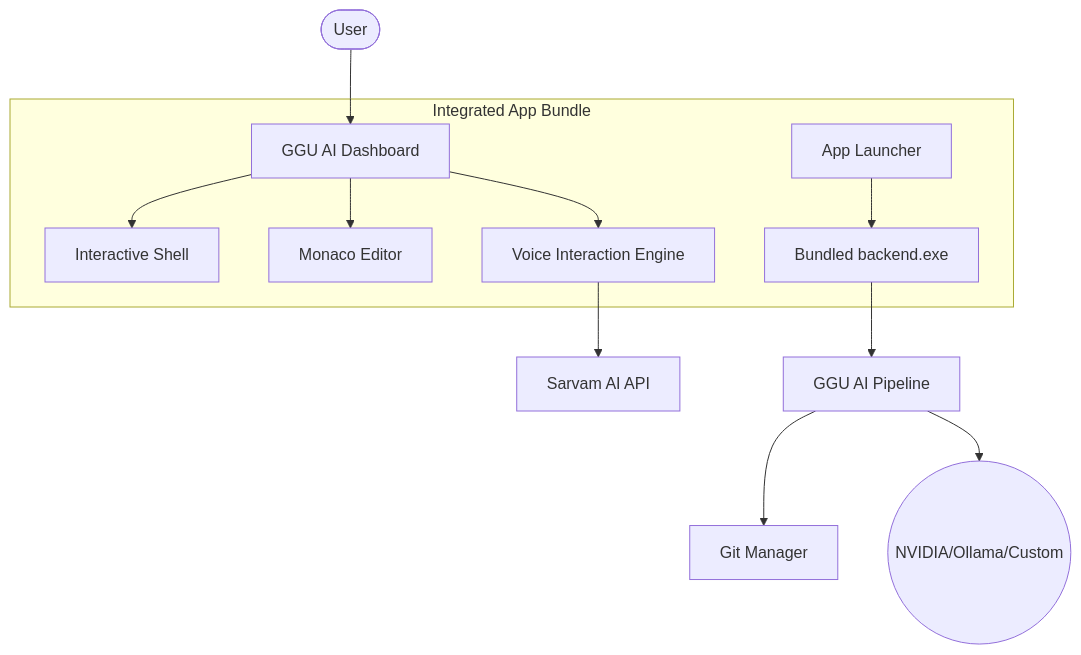
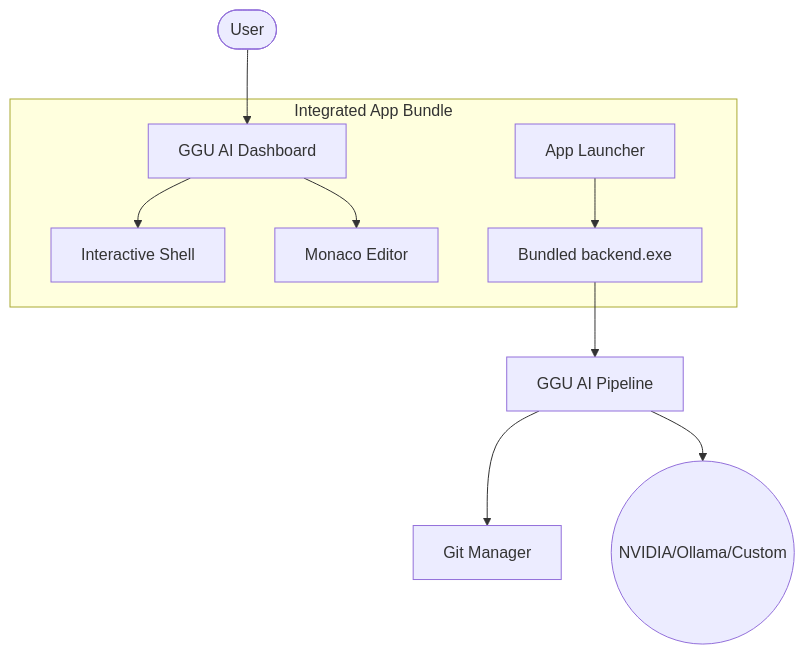
One commit to Pavankumarswamy/AI-agents changed the diagram in README.md. Above: the diagram before and after it, drawn with Mermaid. The commit also changed other lines of this file, not shown here.

Commit message:
docs: remove LUCA Voice Assistant documentation and architecture nodes from README

````diff
--- a/README.md
+++ b/README.md
@@ -65,14 +60,12 @@
 ```mermaid
 graph TD
     User([User]) --> UI[GGU AI Dashboard]
     subgraph Integrated App Bundle
         UI --> Terminal[Interactive Shell]
         UI --> Editor[Monaco Editor]
-        UI --> LUCA[Voice Interaction Engine]
         Launcher[App Launcher] --> Backend[Bundled backend.exe]
     end
     Backend --> Agent[GGU AI Pipeline]
     Agent --> Git[Git Manager]
     Agent --> LLM((NVIDIA/Ollama/Custom))
-    LUCA --> Sarvam[Sarvam AI API]
 ```
````
